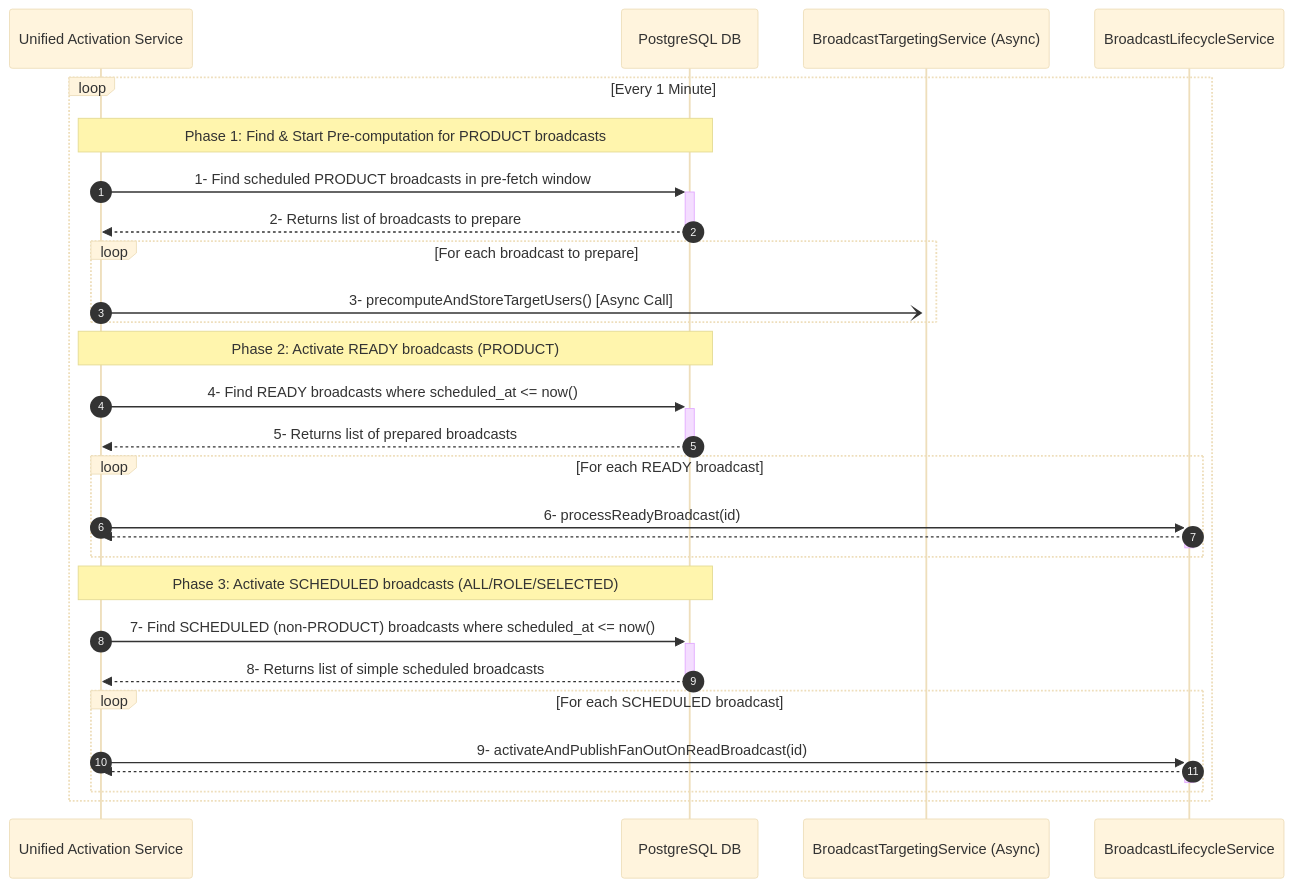
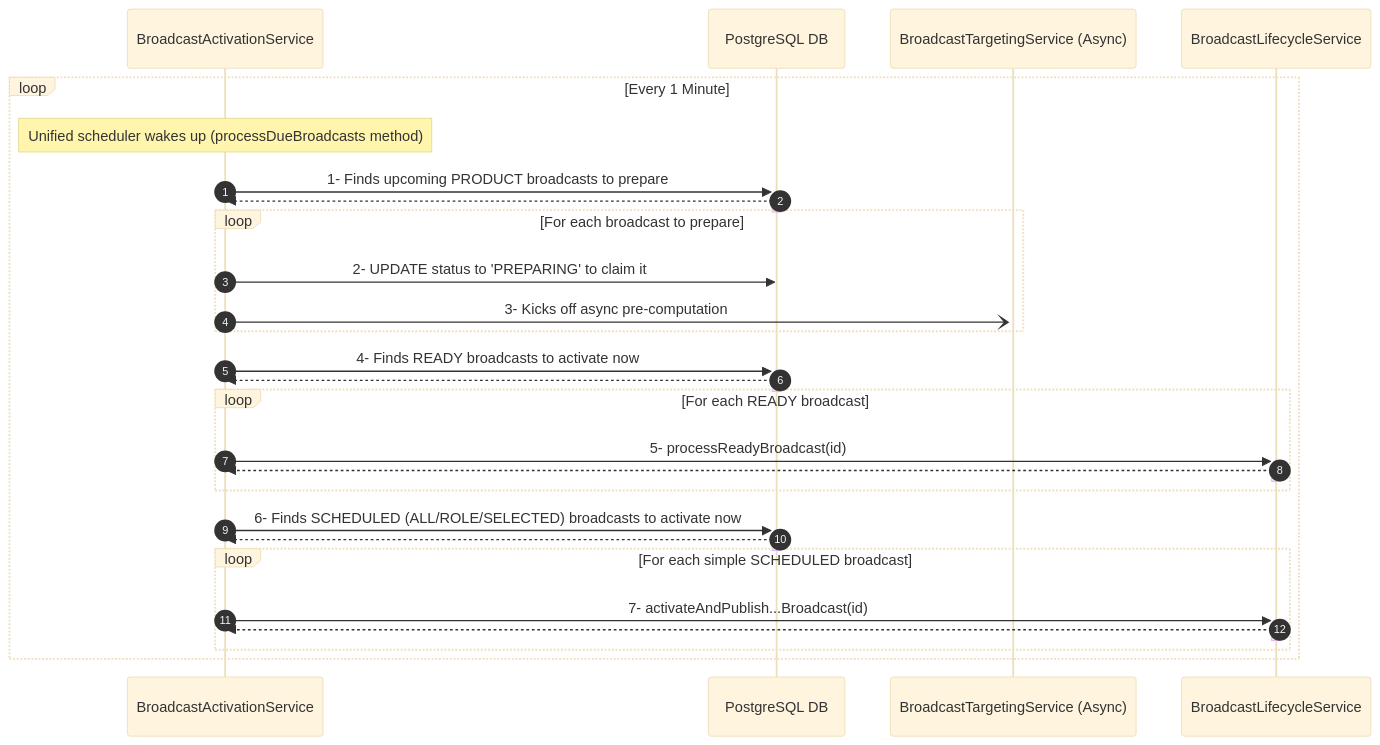
One commit to rsrini7/Notification-SSE-GLM-Flux changed the diagram in MermaidDiagrams/seq-main-scheduler.mmd. Above: the diagram before and after it, drawn with Mermaid (base theme). The commit also changed 10 other files, not shown here.

First line of the commit message:
refactor(diagrams): update mermaid diagrams to reflect architectural changes

```diff
--- a/MermaidDiagrams/seq-main-scheduler.mmd
+++ b/MermaidDiagrams/seq-main-scheduler.mmd
@@ -1,35 +1,38 @@
 sequenceDiagram
     autonumber
 
-    participant Scheduler as Unified Activation Service
+    participant Scheduler as BroadcastActivationService
     participant DB as PostgreSQL DB
     participant TargetingSvc as BroadcastTargetingService (Async)
     participant LifecycleSvc as BroadcastLifecycleService
 
     loop Every 1 Minute
-        note over Scheduler, DB: Phase 1: Find & Start Pre-computation for PRODUCT broadcasts
-        Scheduler->>+DB: 1- Find scheduled PRODUCT broadcasts in pre-fetch window
-        DB-->>-Scheduler: 2- Returns list of broadcasts to prepare
+        note over Scheduler: Unified scheduler wakes up (processDueBroadcasts method)
 
+        %% Phase 1: Find and start pre-computation for complex broadcasts
+        Scheduler->>+DB: 1- Finds upcoming PRODUCT broadcasts to prepare
+        DB-->>-Scheduler: 
+        
         loop For each broadcast to prepare
-            Scheduler-)+TargetingSvc: 3- precomputeAndStoreTargetUsers() [Async Call]
+            Scheduler->>DB: 2- UPDATE status to 'PREPARING' to claim it
+            Scheduler-)+TargetingSvc: 3- Kicks off async pre-computation
         end
 
-        note over Scheduler, DB: Phase 2: Activate READY broadcasts (PRODUCT)
-        Scheduler->>+DB: 4- Find READY broadcasts where scheduled_at <= now()
-        DB-->>-Scheduler: 5- Returns list of prepared broadcasts
-
+        %% Phase 2: Activate broadcasts that are already prepared and ready
+        Scheduler->>+DB: 4- Finds READY broadcasts to activate now
+        DB-->>-Scheduler: 
+        
         loop For each READY broadcast
-            Scheduler->>+LifecycleSvc: 6- processReadyBroadcast(id)
+            Scheduler->>+LifecycleSvc: 5- processReadyBroadcast(id)
             LifecycleSvc-->>-Scheduler: 
         end
 
-        note over Scheduler, DB: Phase 3: Activate SCHEDULED broadcasts (ALL/ROLE/SELECTED)
-        Scheduler->>+DB: 7- Find SCHEDULED (non-PRODUCT) broadcasts where scheduled_at <= now()
-        DB-->>-Scheduler: 8- Returns list of simple scheduled broadcasts
-
-        loop For each SCHEDULED broadcast
-            Scheduler->>+LifecycleSvc: 9- activateAndPublishFanOutOnReadBroadcast(id)
+        %% Phase 3: Activate simple scheduled broadcasts that don't need pre-computation
+        Scheduler->>+DB: 6- Finds SCHEDULED (ALL/ROLE/SELECTED) broadcasts to activate now
+        DB-->>-Scheduler: 
+        
+        loop For each simple SCHEDULED broadcast
+            Scheduler->>+LifecycleSvc: 7- activateAndPublish...Broadcast(id)
             LifecycleSvc-->>-Scheduler: 
         end
     end
```
